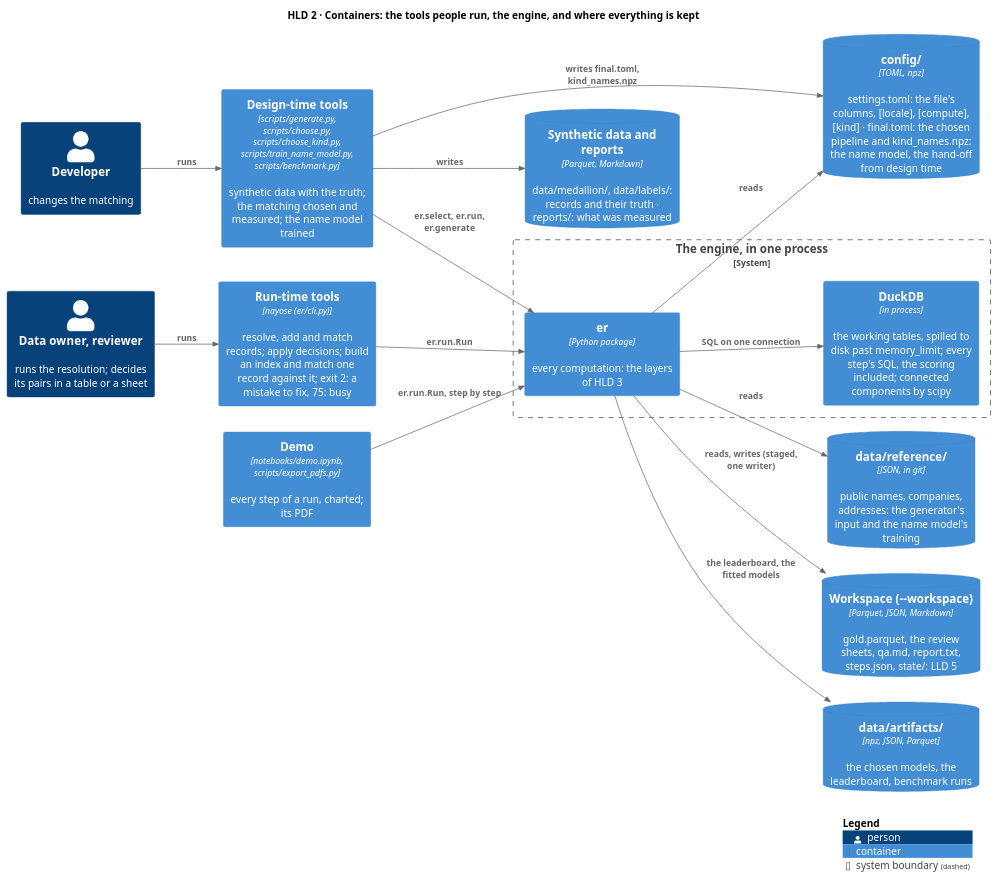
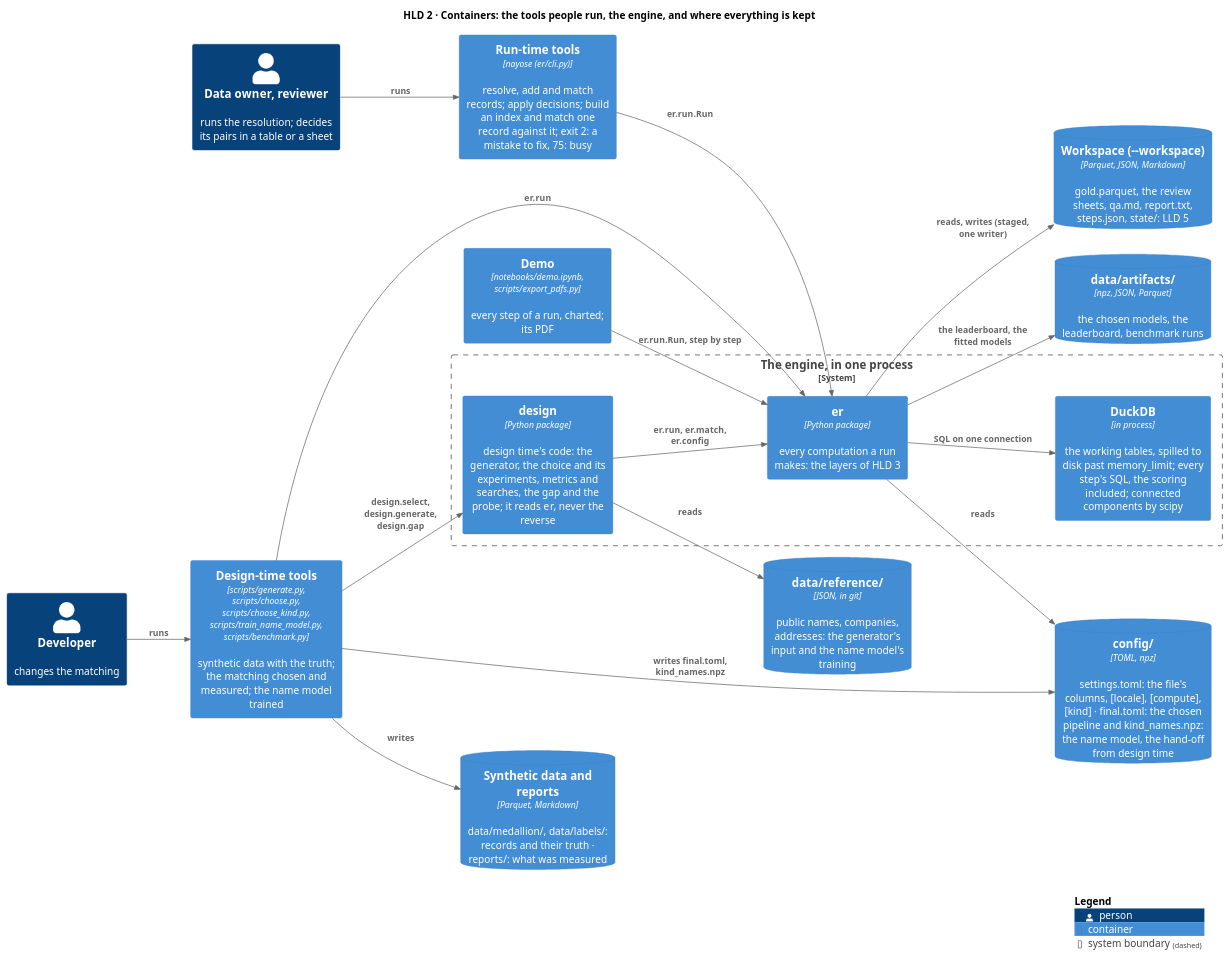
Before and after one commit to mvsbm/entity_matching: the diagram in docs/diagrams/containers.puml, drawn with PlantUML. The commit also changed 64 other files, not shown here.

First line of the commit message:
Design-time code moves into design/, which no production job imports; the fit-sample sizing and em choose, which nothing ran, go

```diff
--- a/docs/diagrams/containers.puml
+++ b/docs/diagrams/containers.puml
@@ -1,39 +1,42 @@
 @startuml containers
 !include <C4/C4_Container>
 LAYOUT_LEFT_RIGHT()
 HIDE_STEREOTYPE()
 title HLD 2 · Containers: the tools people run, the engine, and where everything is kept
 
 Person(owner, "Data owner, reviewer", "runs the resolution; decides its pairs in a table or a sheet")
 Person(developer, "Developer", "changes the matching")
 
 Container(runtime, "Run-time tools", "nayose (er/cli.py)", "resolve, add and match records; apply decisions; build an index and match one record against it; exit 2: a mistake to fix, 75: busy")
 Container(designtime, "Design-time tools", "scripts/generate.py, scripts/choose.py, scripts/choose_kind.py, scripts/train_name_model.py, scripts/benchmark.py", "synthetic data with the truth; the matching chosen and measured; the name model trained")
 Container(demo, "Demo", "notebooks/demo.ipynb, scripts/export_pdfs.py", "every step of a run, charted; its PDF")
 
 System_Boundary(engine, "The engine, in one process") {
-  Container(er, "er", "Python package", "every computation: the layers of HLD 3")
+  Container(er, "er", "Python package", "every computation a run makes: the layers of HLD 3")
+  Container(designpkg, "design", "Python package", "design time's code: the generator, the choice and its experiments, metrics and searches, the gap and the probe; it reads er, never the reverse")
   Container(duckdb, "DuckDB", "in process", "the working tables, spilled to disk past memory_limit; every step's SQL, the scoring included; connected components by scipy")
 }
 
 ContainerDb(config, "config/", "TOML, npz", "settings.toml: the file's columns, [locale], [compute], [kind] · final.toml: the chosen pipeline and kind_names.npz: the name model, the hand-off from design time")
 ContainerDb(reference, "data/reference/", "JSON, in git", "public names, companies, addresses: the generator's input and the name model's training")
 ContainerDb(runfolder, "Workspace (~--workspace)", "Parquet, JSON, Markdown", "gold.parquet, the review sheets, qa.md, report.txt, steps.json, state/: LLD 5")
 ContainerDb(artifacts, "data/artifacts/", "npz, JSON, Parquet", "the chosen models, the leaderboard, benchmark runs")
 ContainerDb(synthetic, "Synthetic data and reports", "Parquet, Markdown", "data/medallion/, data/labels/: records and their truth · reports/: what was measured")
 
 Rel(owner, runtime, "runs")
 Rel(developer, designtime, "runs")
 Rel(runtime, er, "er.run.Run")
-Rel(designtime, er, "er.select, er.run, er.generate")
+Rel(designtime, designpkg, "design.select, design.generate, design.gap")
+Rel(designtime, er, "er.run")
+Rel(designpkg, er, "er.run, er.match, er.config")
 Rel(demo, er, "er.run.Run, step by step")
 Rel(er, duckdb, "SQL on one connection")
 Rel(er, config, "reads")
-Rel(er, reference, "reads")
+Rel(designpkg, reference, "reads")
 Rel(er, runfolder, "reads, writes (staged, one writer)")
 Rel(er, artifacts, "the leaderboard, the fitted models")
 Rel(designtime, synthetic, "writes")
 Rel(designtime, config, "writes final.toml, kind_names.npz")
 
 SHOW_LEGEND()
 @enduml
```
